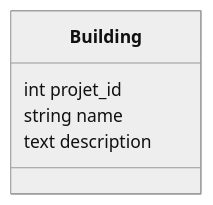
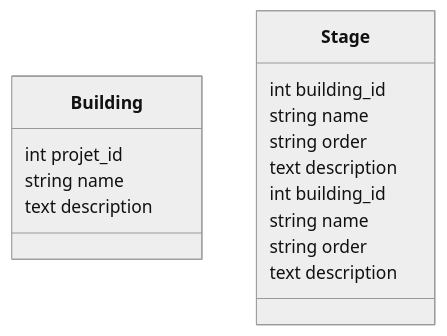
The diagram in public/documents/05_Building.md (desmond8500/Dash-API-Model), drawn with Mermaid (neutral theme) before and after one commit. The commit also changed 5 other files, not shown here.

````diff
--- a/public/documents/05_Building.md
+++ b/public/documents/05_Building.md
@@ -25,9 +25,27 @@
 ```mermaid
 classDiagram
 
 class Building {
     int projet_id
     string name
     text description
 }
+
+class Stage {
+    int building_id
+    string name
+    string order
+    text description
+}
+
+class Stage {
+    int building_id
+    string name
+    string order
+    text description
+}
+
+
+
+
 ```
````
